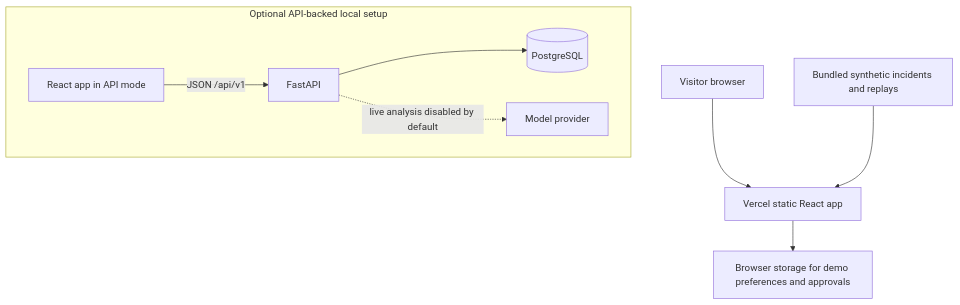
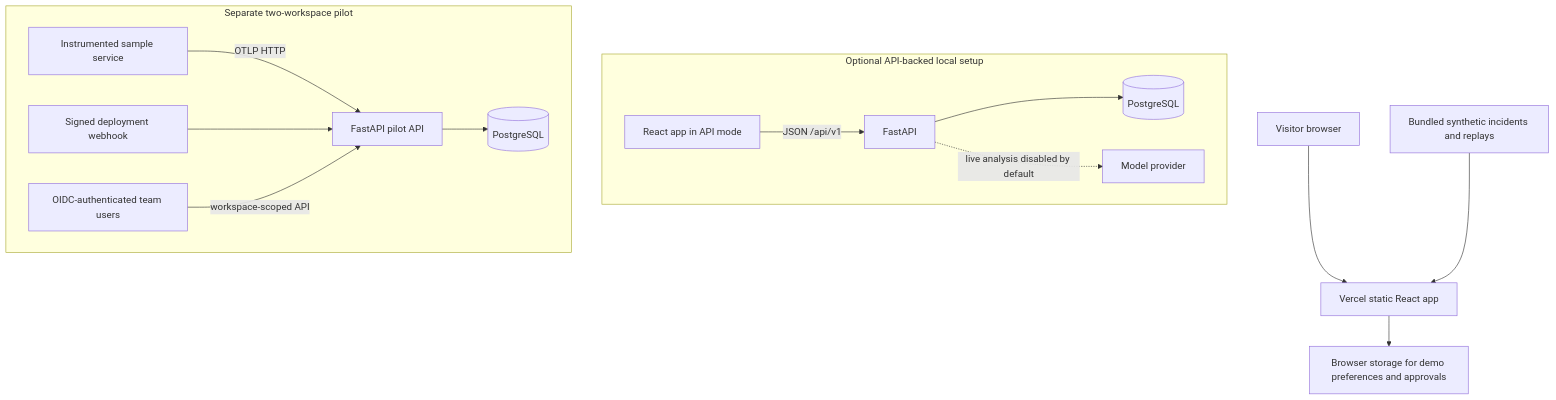
One commit to mrabishekraj2004-cpu/incident-atlas changed the diagram in README.md. Above: the diagram before and after it, drawn with Mermaid. The commit also changed other lines of this file and 52 other files, not shown here.

Commit message:
Add evidence-backed two-team pilot

````diff
--- a/README.md
+++ b/README.md
@@ -51,12 +55,19 @@
 ```mermaid
 flowchart TD
   Visitor["Visitor browser"] --> Vercel["Vercel static React app"]
   Fixtures["Bundled synthetic incidents and replays"] --> Vercel
   Vercel --> BrowserStore["Browser storage for demo preferences and approvals"]
 
   subgraph LocalAPI["Optional API-backed local setup"]
     Web["React app in API mode"] -->|"JSON /api/v1"| API["FastAPI"]
     API --> DB[("PostgreSQL")]
     API -. "live analysis disabled by default" .-> Model["Model provider"]
   end
+
+  subgraph Pilot["Separate two-workspace pilot"]
+    Sample["Instrumented sample service"] -->|"OTLP HTTP"| PilotAPI["FastAPI pilot API"]
+    GitHub["Signed deployment webhook"] --> PilotAPI
+    Teams["OIDC-authenticated team users"] -->|"workspace-scoped API"| PilotAPI
+    PilotAPI --> PilotDB[("PostgreSQL")]
+  end
 ```
````
